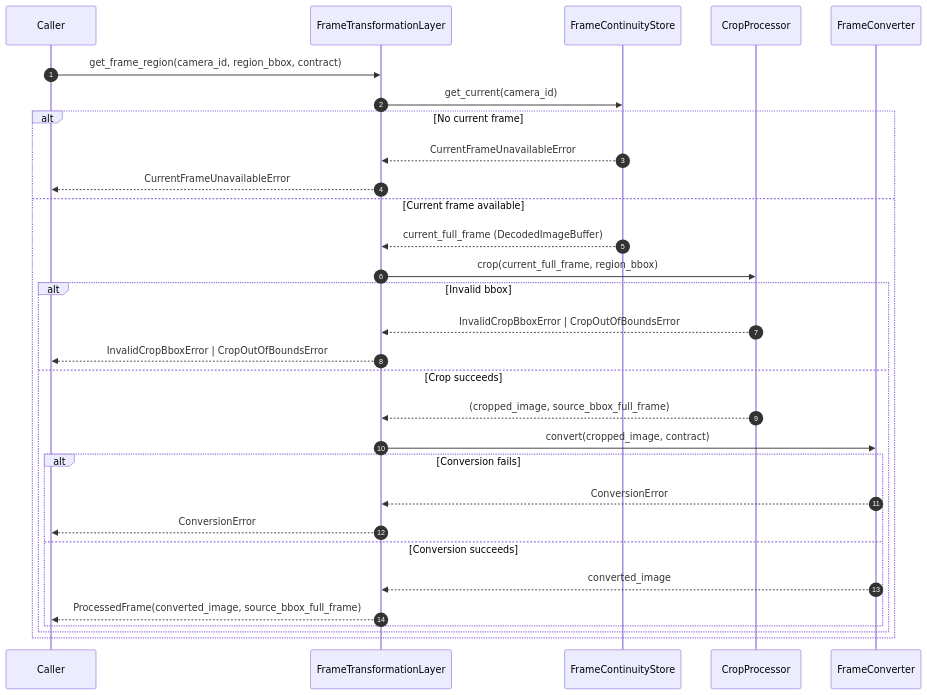
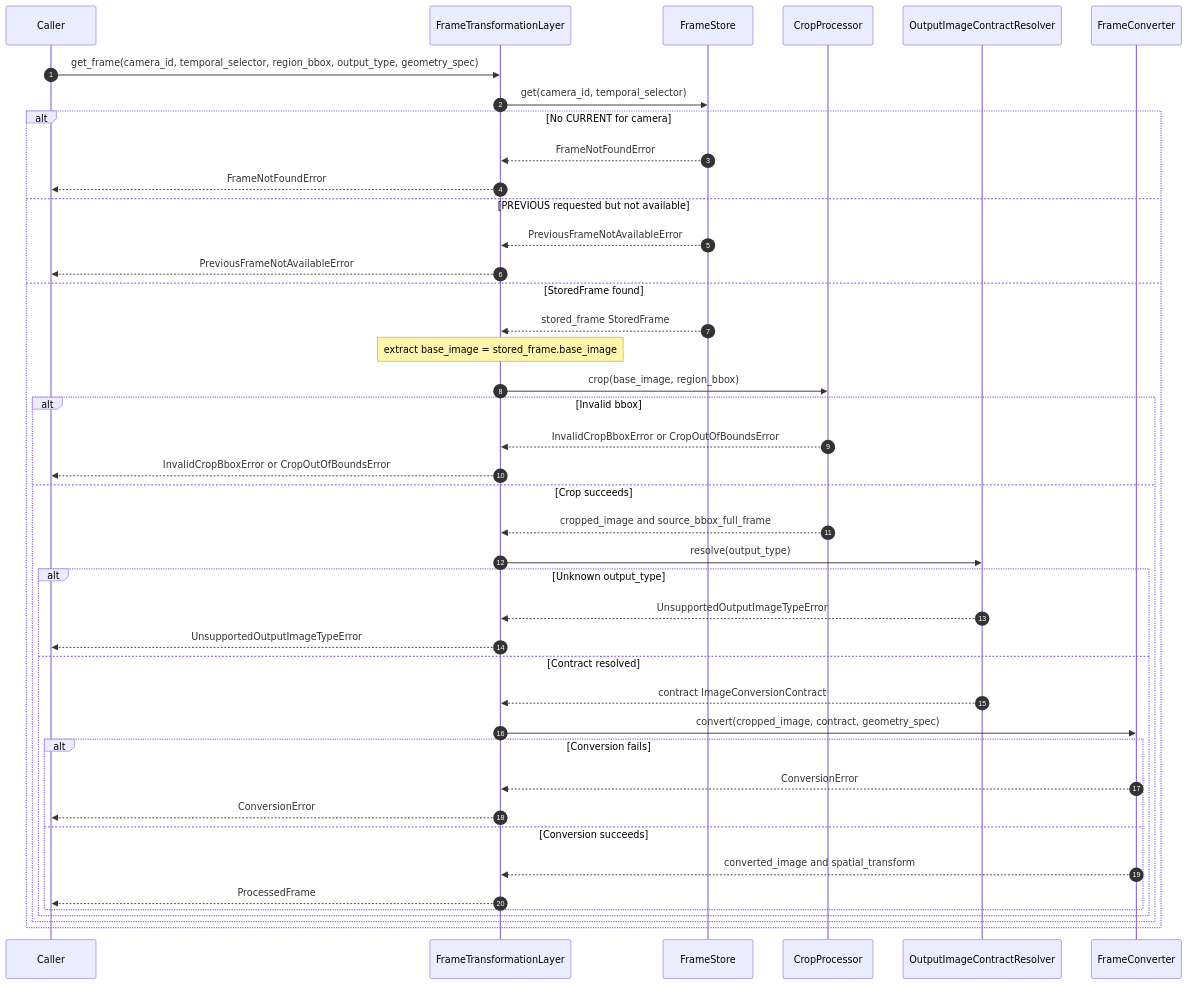
One commit to talifruman/camera-recognition changed the third of 4 diagrams in doc/image_processing_service/frame_transformation_layer.md. Above: the diagram before and after it, drawn with Mermaid. The commit also changed other lines of this file and 60 other files, not shown here.

Commit message:
docs: update frame adapter, FTL, IPS manager specs; add FTL unit tests

````diff
--- a/doc/image_processing_service/frame_transformation_layer.md
+++ b/doc/image_processing_service/frame_transformation_layer.md
@@ -566,33 +913,45 @@
 ```mermaid
 sequenceDiagram
   autonumber
   participant Caller
   participant FTL as FrameTransformationLayer
-  participant STORE as FrameContinuityStore
+  participant STORE as FrameStore
   participant CROP as CropProcessor
+  participant RESOLVER as OutputImageContractResolver
   participant CONV as FrameConverter
 
-  Caller->>FTL: get_frame_region(camera_id, region_bbox, contract)
-  FTL->>STORE: get_current(camera_id)
-  alt No current frame
-    STORE-->>FTL: CurrentFrameUnavailableError
-    FTL-->>Caller: CurrentFrameUnavailableError
-  else Current frame available
-    STORE-->>FTL: current_full_frame (DecodedImageBuffer)
-    FTL->>CROP: crop(current_full_frame, region_bbox)
+  Caller->>FTL: get_frame(camera_id, temporal_selector, region_bbox, output_type, geometry_spec)
+  FTL->>STORE: get(camera_id, temporal_selector)
+  alt No CURRENT for camera
+    STORE-->>FTL: FrameNotFoundError
+    FTL-->>Caller: FrameNotFoundError
+  else PREVIOUS requested but not available
+    STORE-->>FTL: PreviousFrameNotAvailableError
+    FTL-->>Caller: PreviousFrameNotAvailableError
+  else StoredFrame found
+    STORE-->>FTL: stored_frame StoredFrame
+    Note over FTL: extract base_image = stored_frame.base_image
+    FTL->>CROP: crop(base_image, region_bbox)
     alt Invalid bbox
-      CROP-->>FTL: InvalidCropBboxError | CropOutOfBoundsError
-      FTL-->>Caller: InvalidCropBboxError | CropOutOfBoundsError
+      CROP-->>FTL: InvalidCropBboxError or CropOutOfBoundsError
+      FTL-->>Caller: InvalidCropBboxError or CropOutOfBoundsError
     else Crop succeeds
-      CROP-->>FTL: (cropped_image, source_bbox_full_frame)
-      FTL->>CONV: convert(cropped_image, contract)
-      alt Conversion fails
-        CONV-->>FTL: ConversionError
-        FTL-->>Caller: ConversionError
-      else Conversion succeeds
-        CONV-->>FTL: converted_image
-        FTL-->>Caller: ProcessedFrame(converted_image, source_bbox_full_frame)
+      CROP-->>FTL: cropped_image and source_bbox_full_frame
+      FTL->>RESOLVER: resolve(output_type)
+      alt Unknown output_type
+        RESOLVER-->>FTL: UnsupportedOutputImageTypeError
+        FTL-->>Caller: UnsupportedOutputImageTypeError
+      else Contract resolved
+        RESOLVER-->>FTL: contract ImageConversionContract
+        FTL->>CONV: convert(cropped_image, contract, geometry_spec)
+        alt Conversion fails
+          CONV-->>FTL: ConversionError
+          FTL-->>Caller: ConversionError
+        else Conversion succeeds
+          CONV-->>FTL: converted_image and spatial_transform
+          FTL-->>Caller: ProcessedFrame
+        end
       end
     end
   end
 ```
````
